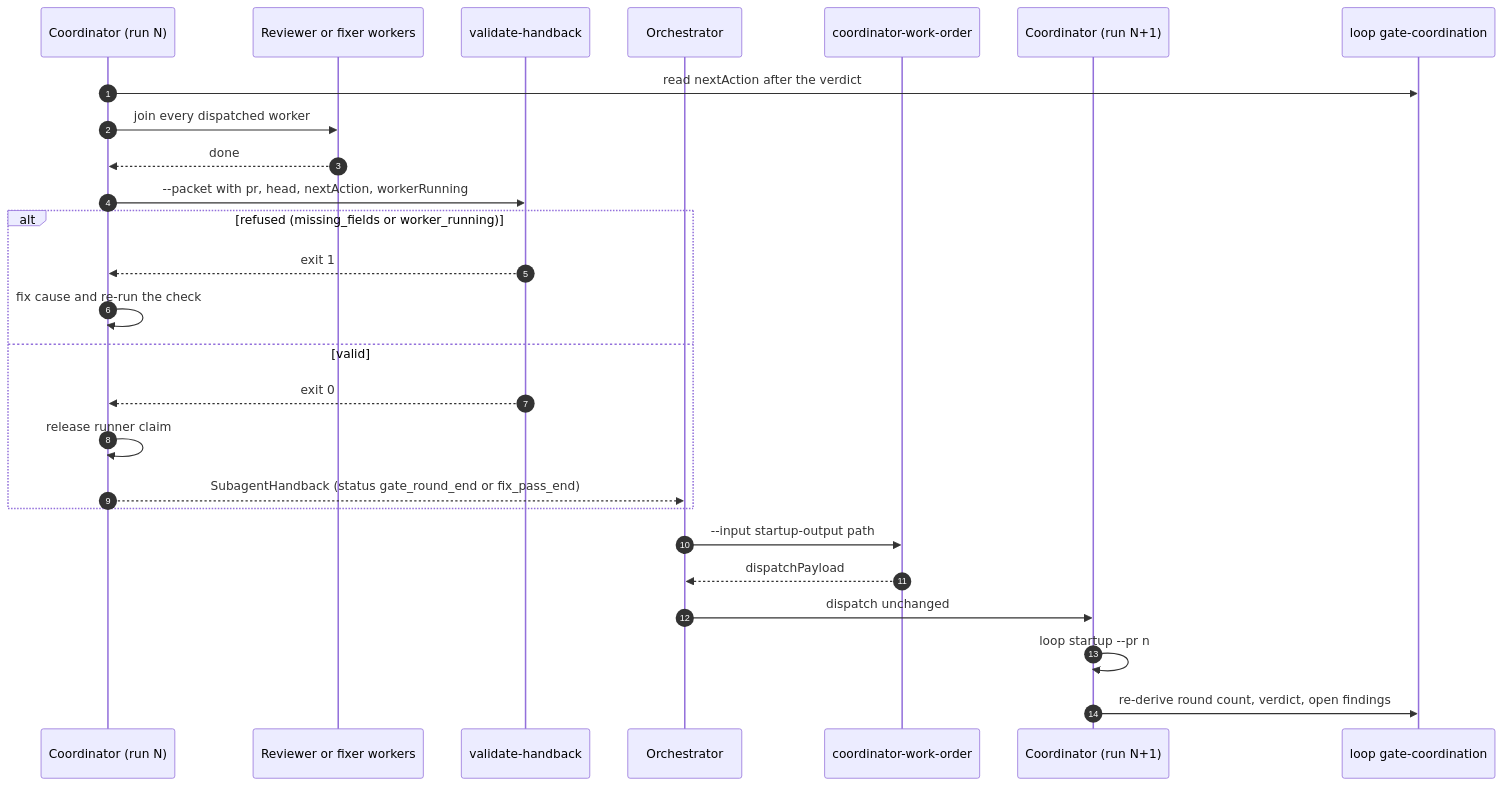
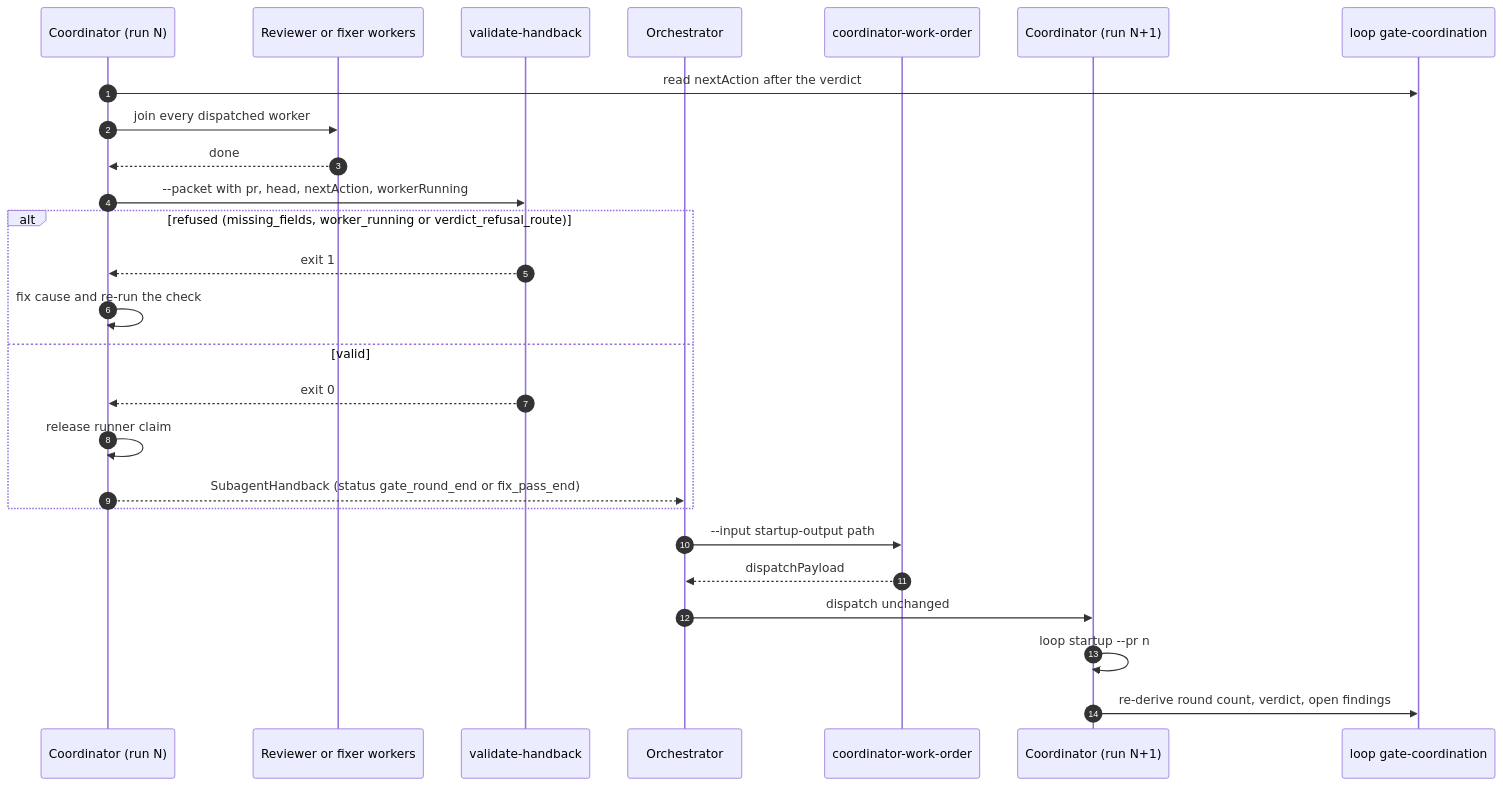
The eighth of 14 diagrams in docs/atlas/04-main-flows.md (mfittko/dev-loops), drawn with Mermaid before and after one commit. The commit also changed other lines of this file, not shown here.

First line of the commit message:
docs(atlas): refresh section 04-main-flows to f6619004d

````diff
--- a/docs/atlas/04-main-flows.md
+++ b/docs/atlas/04-main-flows.md
@@ -259,28 +261,28 @@
 ```mermaid
 sequenceDiagram
   autonumber
   participant C1 as Coordinator (run N)
   participant W as Reviewer or fixer workers
   participant V as validate-handback
   participant MA as Orchestrator
   participant EW as coordinator-work-order
   participant C2 as Coordinator (run N+1)
   participant GC as loop gate-coordination
   C1->>GC: read nextAction after the verdict
   C1->>W: join every dispatched worker
   W-->>C1: done
   C1->>V: --packet with pr, head, nextAction, workerRunning
-  alt refused (missing_fields or worker_running)
+  alt refused (missing_fields, worker_running or verdict_refusal_route)
     V-->>C1: exit 1
     C1->>C1: fix cause and re-run the check
   else valid
     V-->>C1: exit 0
     C1->>C1: release runner claim
     C1-->>MA: SubagentHandback (status gate_round_end or fix_pass_end)
   end
   MA->>EW: --input startup-output path
   EW-->>MA: dispatchPayload
   MA->>C2: dispatch unchanged
   C2->>C2: loop startup --pr n
   C2->>GC: re-derive round count, verdict, open findings
 ```
````
